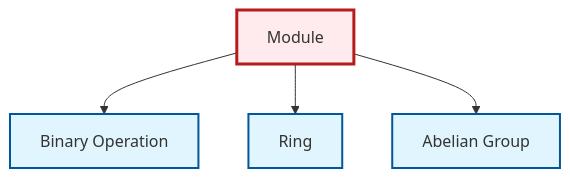
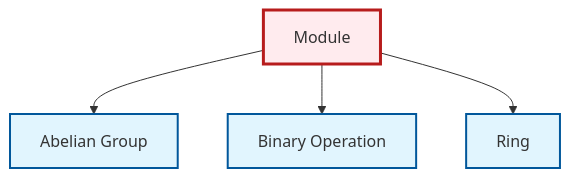
The diagram in output/mermaid/en/def-module.mermaid (RK0429/ModernMath), drawn with Mermaid before and after one commit. The commit also changed other lines of this file and 3104 other files, not shown here.

```diff
--- a/output/mermaid/en/def-module.mermaid
+++ b/output/mermaid/en/def-module.mermaid
@@ -1,14 +1,14 @@
 graph TD
     classDef definition fill:#e1f5fe,stroke:#01579b,stroke-width:2px
     classDef theorem fill:#f3e5f5,stroke:#4a148c,stroke-width:2px
     classDef axiom fill:#fff3e0,stroke:#e65100,stroke-width:2px
     classDef example fill:#e8f5e9,stroke:#1b5e20,stroke-width:2px
     classDef current fill:#ffebee,stroke:#b71c1c,stroke-width:3px
     def-module["Module"]:::definition
     def-ring["Ring"]:::definition
     def-binary-operation["Binary Operation"]:::definition
     def-abelian-group["Abelian Group"]:::definition
+    def-module --> def-abelian-group
     def-module --> def-binary-operation
     def-module --> def-ring
-    def-module --> def-abelian-group
     class def-module current
```
